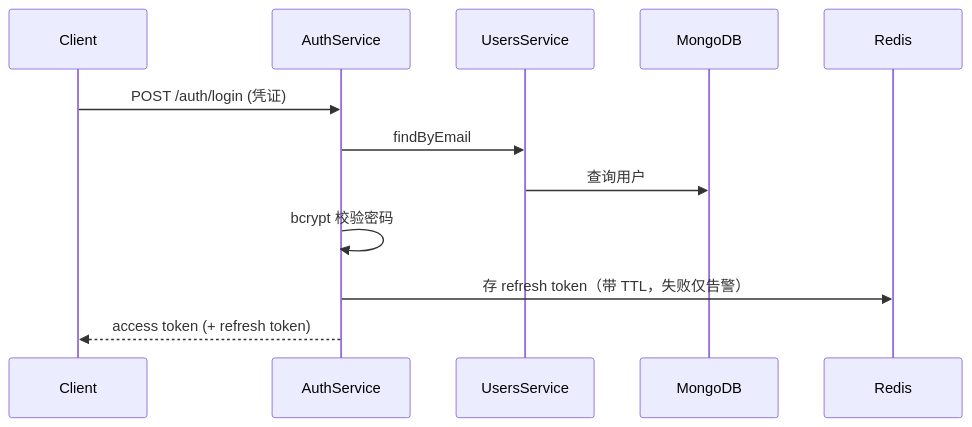
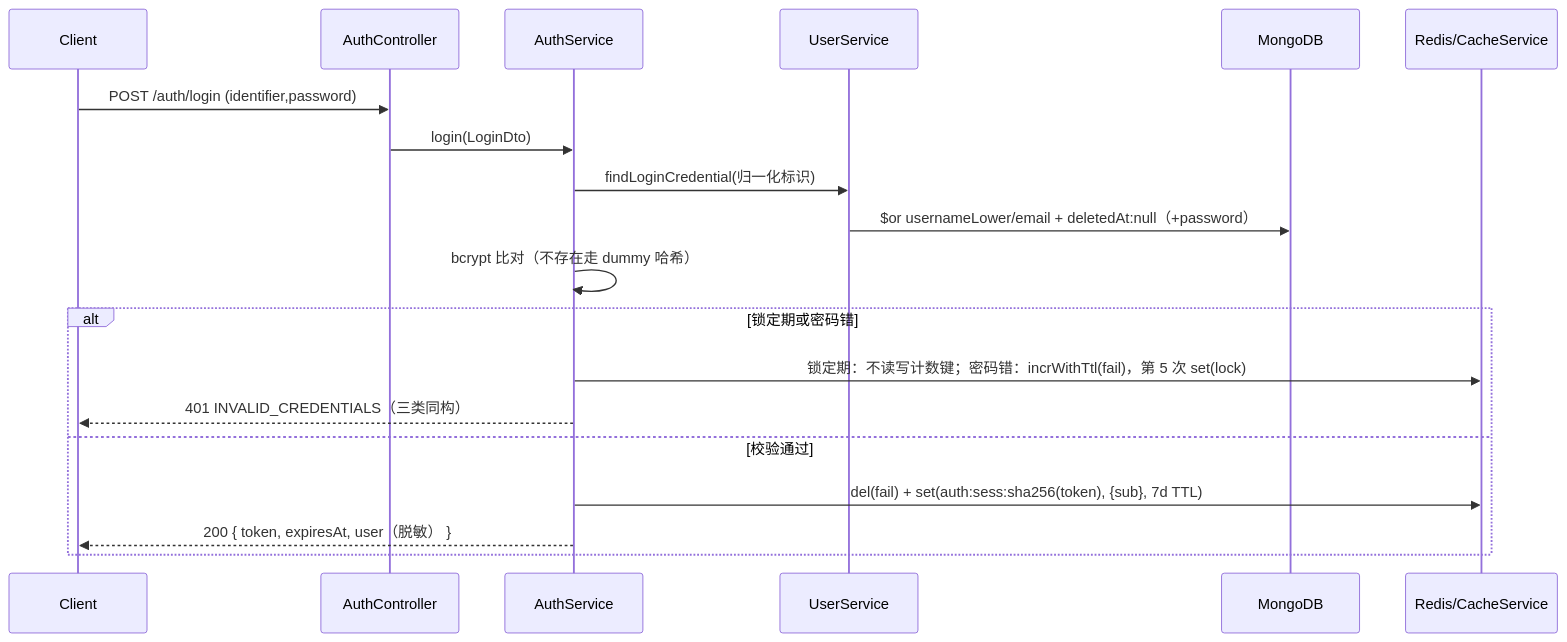
The first of 5 diagrams in docs/architecture/data-flows.md (Qiuyaxian/ai-blog-backtend), drawn with Mermaid before and after one commit. The commit also changed other lines of this file and 4 other files, not shown here.

````diff
--- a/docs/architecture/data-flows.md
+++ b/docs/architecture/data-flows.md
@@ -20,14 +23,21 @@
 ```mermaid
 sequenceDiagram
     participant C as Client
+    participant AC as AuthController
     participant AS as AuthService
-    participant US as UsersService
+    participant US as UserService
     participant DB as MongoDB
-    participant R as Redis
-    C->>AS: POST /auth/login (凭证)
-    AS->>US: findByEmail
-    US->>DB: 查询用户
-    AS->>AS: bcrypt 校验密码
-    AS->>R: 存 refresh token（带 TTL，失败仅告警）
-    AS-->>C: access token (+ refresh token)
+    participant R as Redis/CacheService
+    C->>AC: POST /auth/login (identifier,password)
+    AC->>AS: login(LoginDto)
+    AS->>US: findLoginCredential(归一化标识)
+    US->>DB: $or usernameLower/email + deletedAt:null（+password）
+    AS->>AS: bcrypt 比对（不存在走 dummy 哈希）
+    alt 锁定期或密码错
+        AS->>R: 锁定期：不读写计数键；密码错：incrWithTtl(fail)，第 5 次 set(lock)
+        AS-->>C: 401 INVALID_CREDENTIALS（三类同构）
+    else 校验通过
+        AS->>R: del(fail) + set(auth:sess:sha256(token), {sub}, 7d TTL)
+        AS-->>C: 200 { token, expiresAt, user（脱敏） }
+    end
 ```
````
